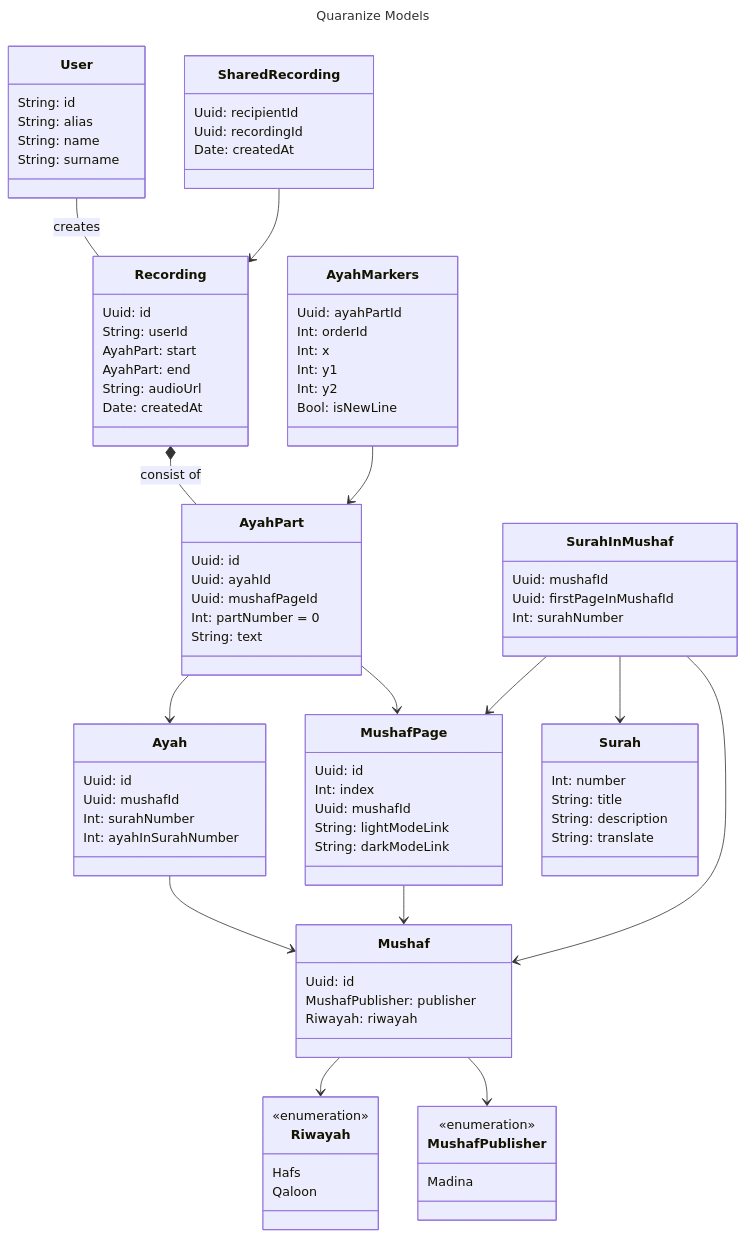
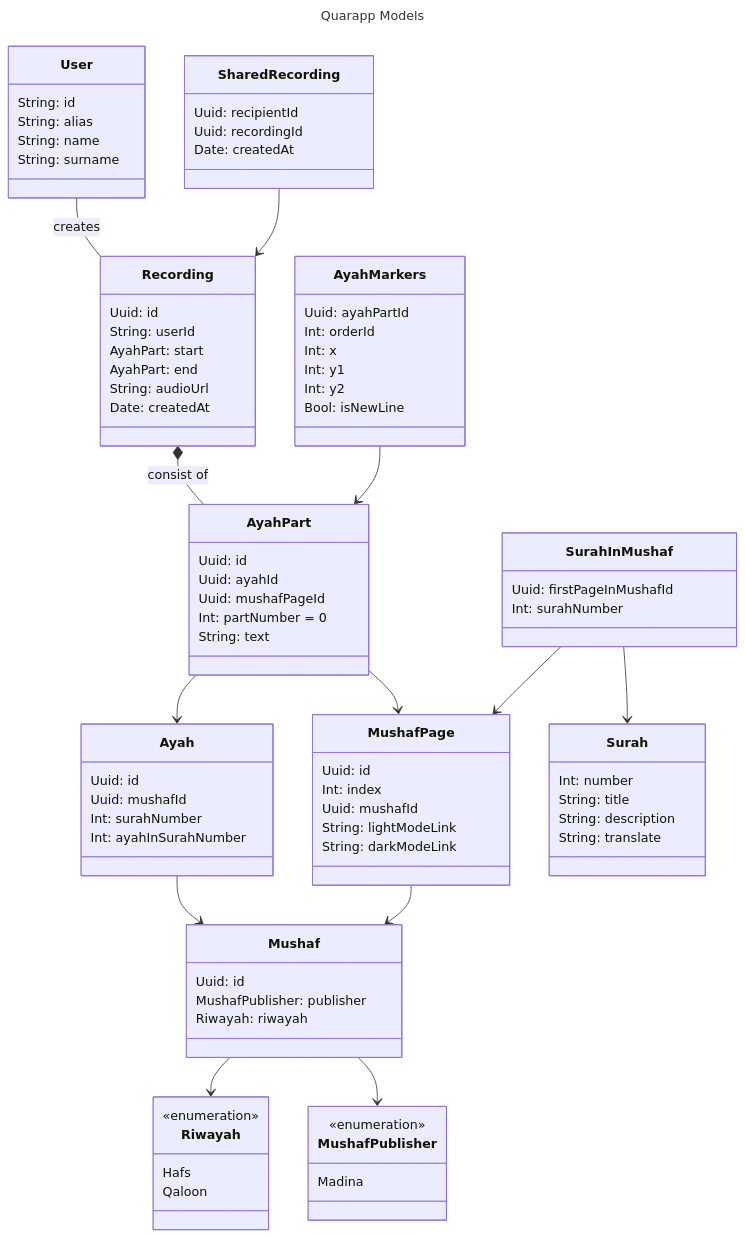
One commit to CrowdsourcingApps/QuaranApp_Backend changed the diagram in models_mvp_v2.mmd. Above: the diagram before and after it, drawn with Mermaid. The commit also changed 1 other file, not shown here.

Commit message:
Updated diagrams

```diff
--- a/models_mvp_v2.mmd
+++ b/models_mvp_v2.mmd
@@ -1,89 +1,88 @@
 ---
-title: Quaranize Models
+title: Quarapp Models
 ---
 classDiagram
 class Riwayah {
     <<enumeration>>
     Hafs
     Qaloon
 }
 class MushafPublisher {
     <<enumeration>>
     Madina
 }
+class User {
+    String: id
+    String: alias
+    String: name
+    String: surname
+}
+class Mushaf {
+    Uuid: id
+    MushafPublisher: publisher
+    Riwayah: riwayah
+}
+class Surah {
+    Int: number
+    String: title
+    String: description
+    String: translate
+}
+
+class MushafPage {
+    Uuid: id
+    Int: index
+    Uuid: mushafId
+    String: lightModeLink
+    String: darkModeLink
+}
+class Ayah {
+    Uuid: id
+    Uuid: mushafId
+    Int: surahNumber
+    Int: ayahInSurahNumber
+}
 class AyahPart {
     Uuid: id
     Uuid: ayahId
     Uuid: mushafPageId
     Int: partNumber = 0
     String: text
 }
-class Ayah {
-    Uuid: id
-    Uuid: mushafId
+class SurahInMushaf {
+    Uuid: firstPageInMushafId
     Int: surahNumber
-    Int: ayahInSurahNumber
-}
-class Mushaf {
-    Uuid: id
-    MushafPublisher: publisher
-    Riwayah: riwayah
-}
-class MushafPage {
-    Uuid: id
-    Int: index
-    Uuid: mushafId
-    String: lightModeLink
-    String: darkModeLink
-}
-class User {
-    String: id
-    String: alias
-    String: name
-    String: surname
 }
 class Recording {
     Uuid: id
     String: userId
     AyahPart: start
     AyahPart: end 
     String: audioUrl
     Date: createdAt
 }
 class SharedRecording {
     Uuid: recipientId
     Uuid: recordingId
     Date: createdAt
 }
 class AyahMarkers {
     Uuid: ayahPartId
     Int: orderId
     Int: x
     Int: y1
     Int: y2
     Bool: isNewLine
 }
-class SurahInMushaf {
-    Uuid: mushafId
-    Uuid: firstPageInMushafId
-    Int: surahNumber
-}
-class Surah {
-    Int: number
-    String: title
-    String: description
-    String: translate
-}
 Recording *-- AyahPart: consist of
 User -- Recording: creates
 AyahPart --> Ayah
 AyahPart --> MushafPage
 Ayah --> Mushaf
 Mushaf --> Riwayah
 Mushaf --> MushafPublisher
 SharedRecording --> Recording
 AyahMarkers --> AyahPart
 MushafPage --> Mushaf
 SurahInMushaf --> MushafPage
 SurahInMushaf --> Surah
-SurahInMushaf --> Mushaf
```
